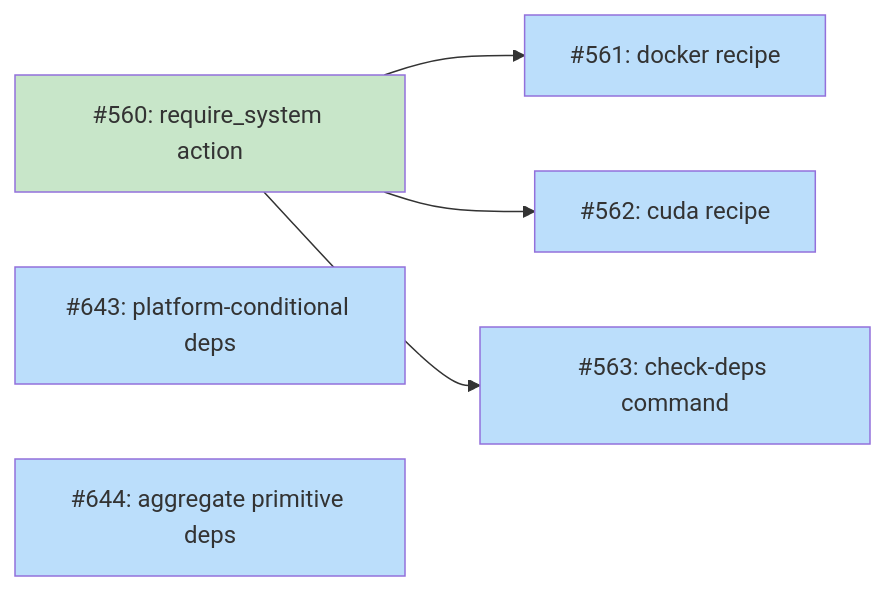
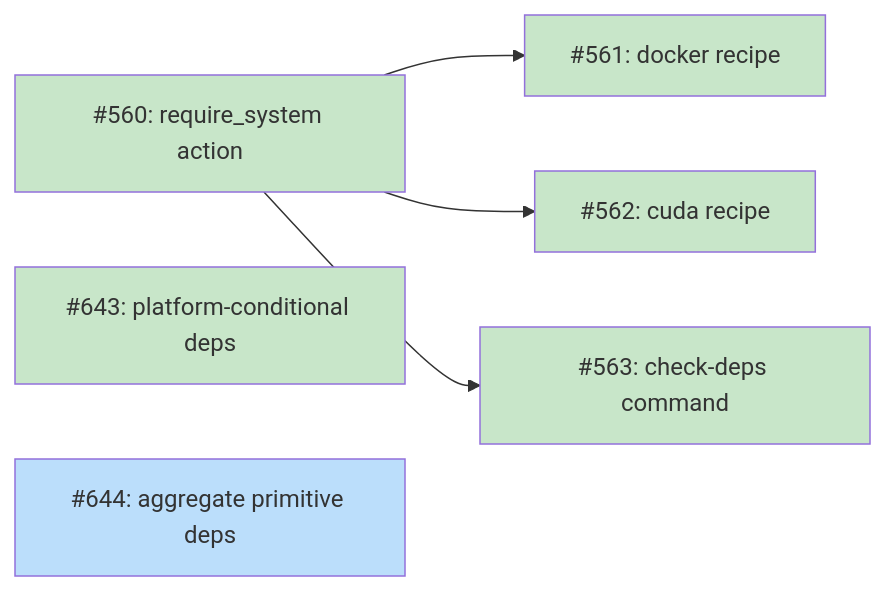
Before and after one commit to tsukumogami/tsuku: the fourth of 4 diagrams in docs/DESIGN-dependency-provisioning.md, drawn with Mermaid. The commit also changed other lines of this file and 2 other files, not shown here.

````diff
--- a/docs/DESIGN-dependency-provisioning.md
+++ b/docs/DESIGN-dependency-provisioning.md
@@ -136,20 +136,20 @@
 ```mermaid
 graph LR
     I560["#560: require_system action"]
     I561["#561: docker recipe"]
     I562["#562: cuda recipe"]
     I563["#563: check-deps command"]
     I643["#643: platform-conditional deps"]
     I644["#644: aggregate primitive deps"]
 
     I560 --> I561
     I560 --> I562
     I560 --> I563
 
     classDef done fill:#c8e6c9
     classDef ready fill:#bbdefb
     classDef blocked fill:#fff9c4
 
-    class I560 done
-    class I643,I644,I561,I562,I563 ready
+    class I560,I561,I562,I563,I643 done
+    class I644 ready
 ```
````
